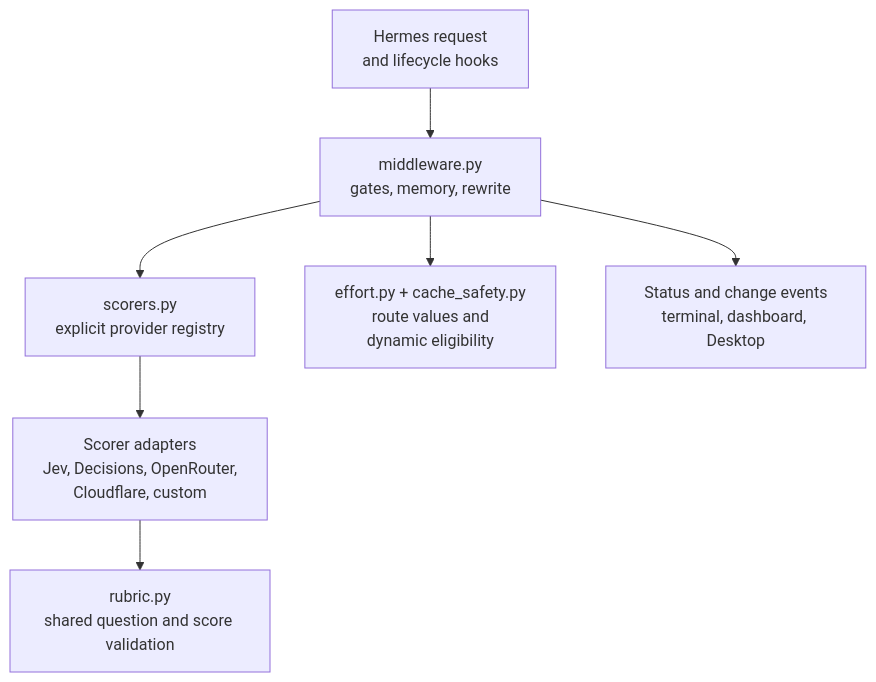
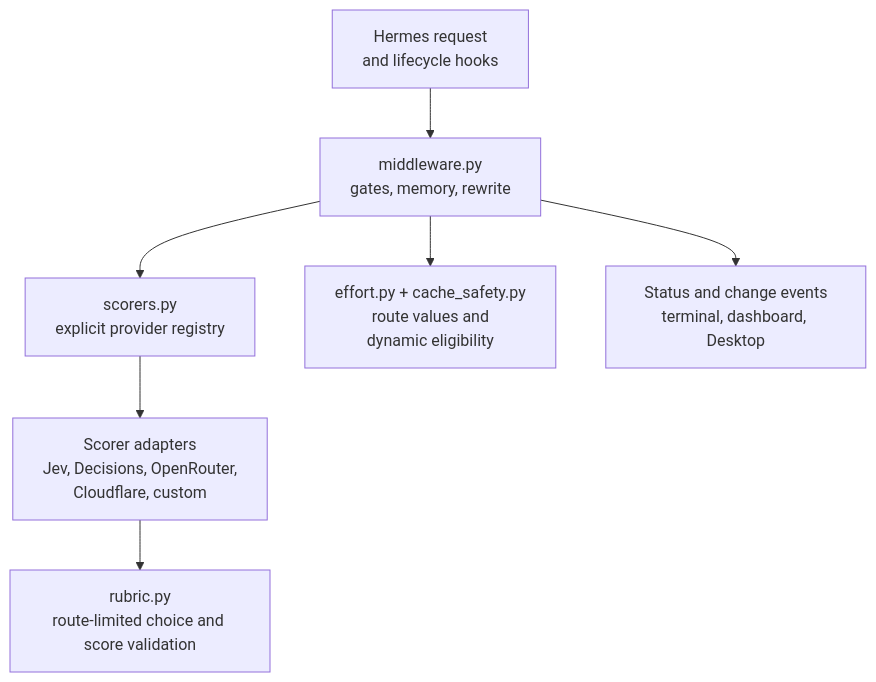
One commit to atostivint/hermes-adaptive-effort changed the diagram in docs/DESIGN.md. Above: the diagram before and after it, drawn with Mermaid. The commit also changed other lines of this file and 100 other files, not shown here.

````diff
--- a/docs/DESIGN.md
+++ b/docs/DESIGN.md
@@ -13,9 +15,9 @@
 ```mermaid
 flowchart TD
     H["Hermes request<br/>and lifecycle hooks"] --> M["middleware.py<br/>gates, memory, rewrite"]
     M --> S["scorers.py<br/>explicit provider registry"]
     S --> A["Scorer adapters<br/>Jev, Decisions, OpenRouter,<br/>Cloudflare, custom"]
-    A --> R["rubric.py<br/>shared question and score validation"]
+    A --> R["rubric.py<br/>route-limited choice and score validation"]
     M --> E["effort.py + cache_safety.py<br/>route values and<br/>dynamic eligibility"]
     M --> O["Status and change events<br/>terminal, dashboard, Desktop"]
 ```
````
